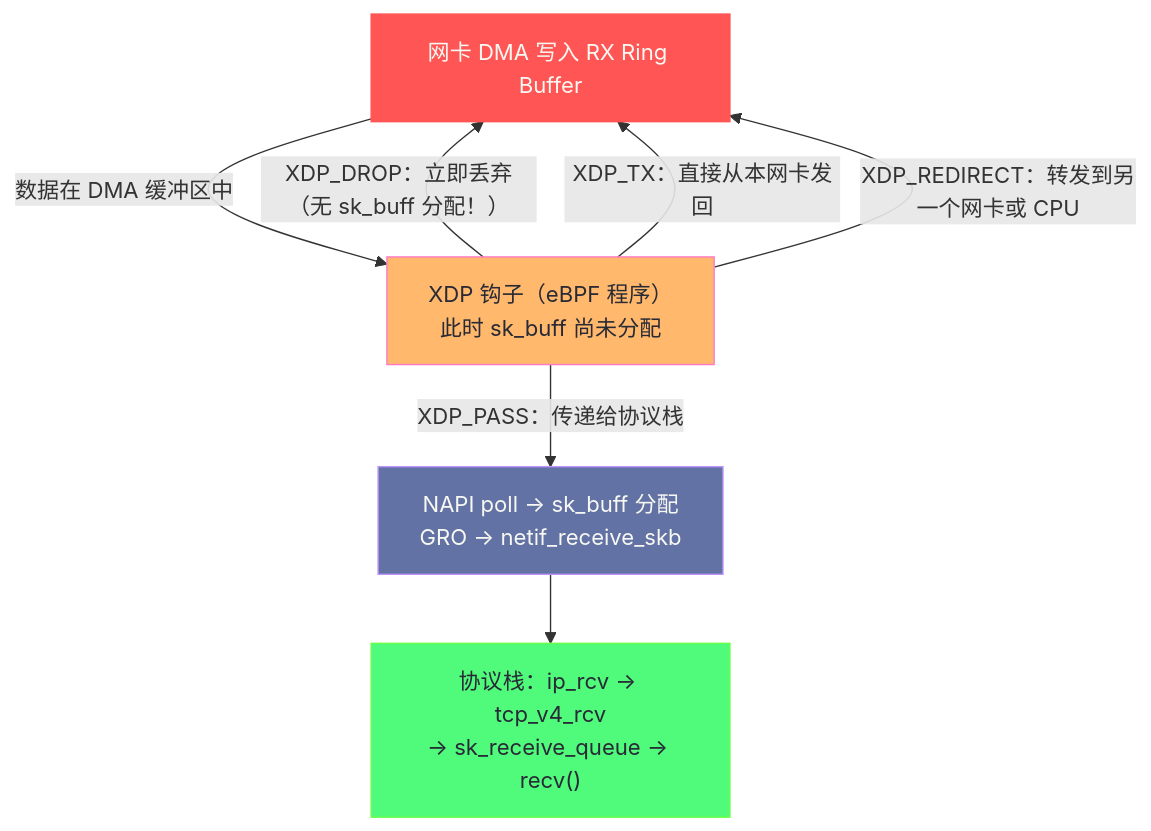
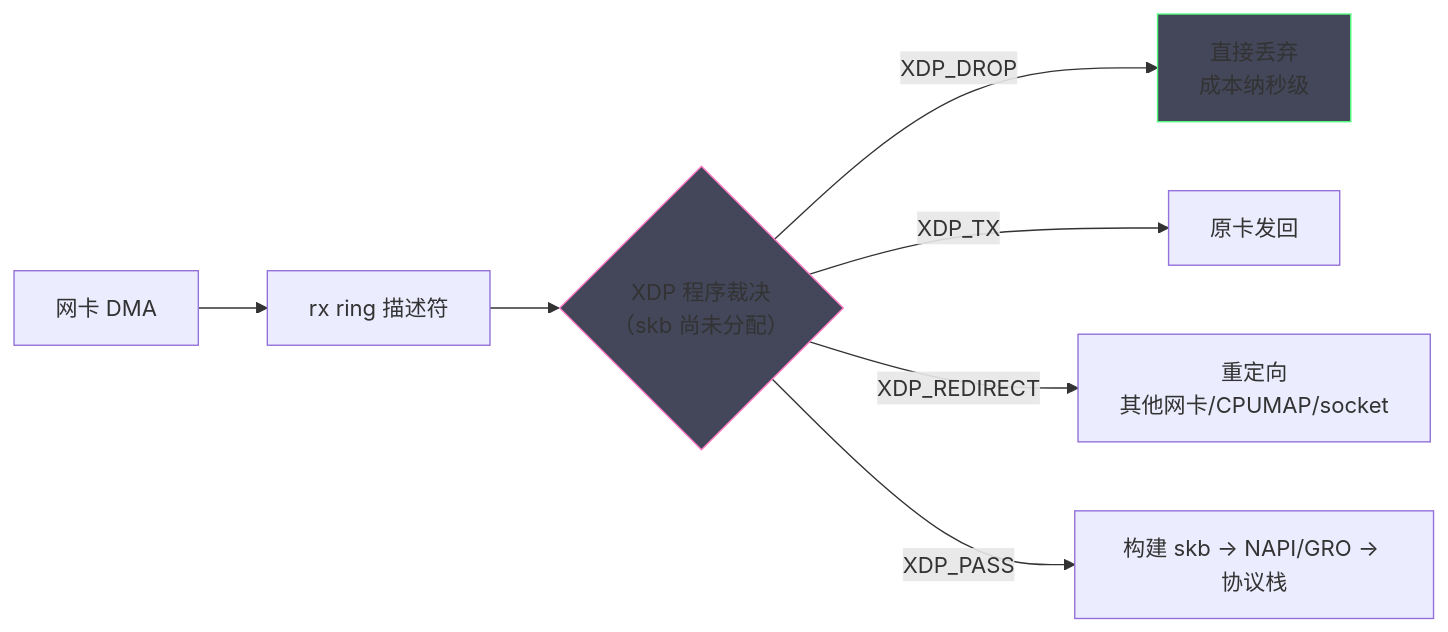
Before and after one commit to hpliStartAgain/my-brain: the fifth of 7 diagrams in content/Linux/网络协议栈与IO/07 Linux 网络包的完整收发路径——软中断、NAPI 与 XDP.md, drawn with Mermaid. The commit also changed other lines of this file and 47 other files, not shown here.

````diff
--- a/content/Linux/网络协议栈与IO/07 Linux 网络包的完整收发路径——软中断、NAPI 与 XDP.md
+++ b/content/Linux/网络协议栈与IO/07 Linux 网络包的完整收发路径——软中断、NAPI 与 XDP.md
@@ -384,20 +208,12 @@
 ```mermaid
 %%{init: {'theme': 'dracula'}}%%
-graph TD
-    classDef hw fill:#ff5555,stroke:#ff5555,color:#f8f8f2
-    classDef xdp fill:#ffb86c,stroke:#ff79c6,color:#282a36
-    classDef drv fill:#6272a4,stroke:#bd93f9,color:#f8f8f2
-    classDef proto fill:#50fa7b,stroke:#69ff47,color:#282a36
-
-    NIC["网卡 DMA 写入 RX Ring Buffer"]:::hw
-    XDP["XDP 钩子（eBPF 程序）</br>此时 sk_buff 尚未分配"]:::xdp
-    NAPI["NAPI poll → sk_buff 分配</br>GRO → netif_receive_skb"]:::drv
-    PROTO["协议栈：ip_rcv → tcp_v4_rcv</br>→ sk_receive_queue → recv()"]:::proto
-
-    NIC -->|"数据在 DMA 缓冲区中"| XDP
-    XDP -->|"XDP_PASS：传递给协议栈"| NAPI
-    XDP -->|"XDP_DROP：立即丢弃（无 sk_buff 分配！）"| NIC
-    XDP -->|"XDP_TX：直接从本网卡发回"| NIC
-    XDP -->|"XDP_REDIRECT：转发到另一个网卡或 CPU"| NIC
-    NAPI --> PROTO
+flowchart LR
+    NIC["网卡 DMA"] --> RING["rx ring 描述符"]
+    RING --> XDP{"XDP 程序裁决<br/>（skb 尚未分配）"}
+    XDP -->|XDP_DROP| DROP["直接丢弃<br/>成本纳秒级"]
+    XDP -->|XDP_TX| TX["原卡发回"]
+    XDP -->|XDP_REDIRECT| RED["重定向<br/>其他网卡/CPUMAP/socket"]
+    XDP -->|XDP_PASS| SKB["构建 skb → NAPI/GRO → 协议栈"]
+    style XDP fill:#44475a,stroke:#ff79c6
+    style DROP fill:#44475a,stroke:#50fa7b
 ```
````
